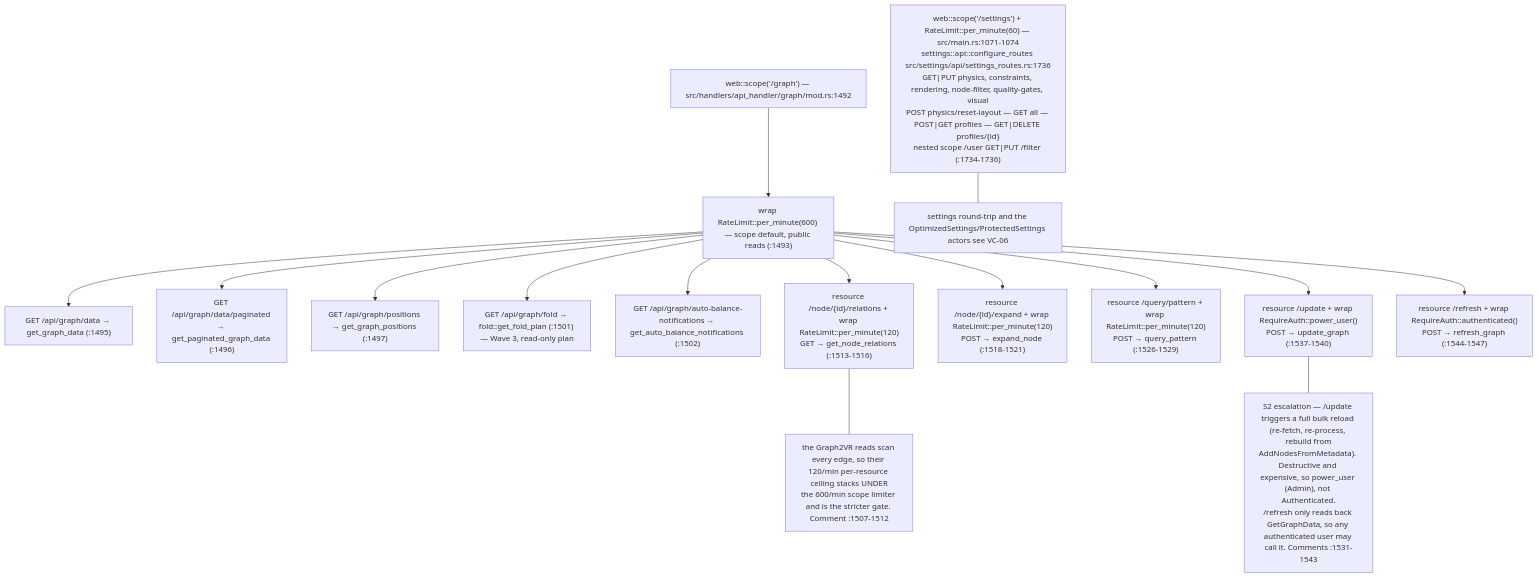
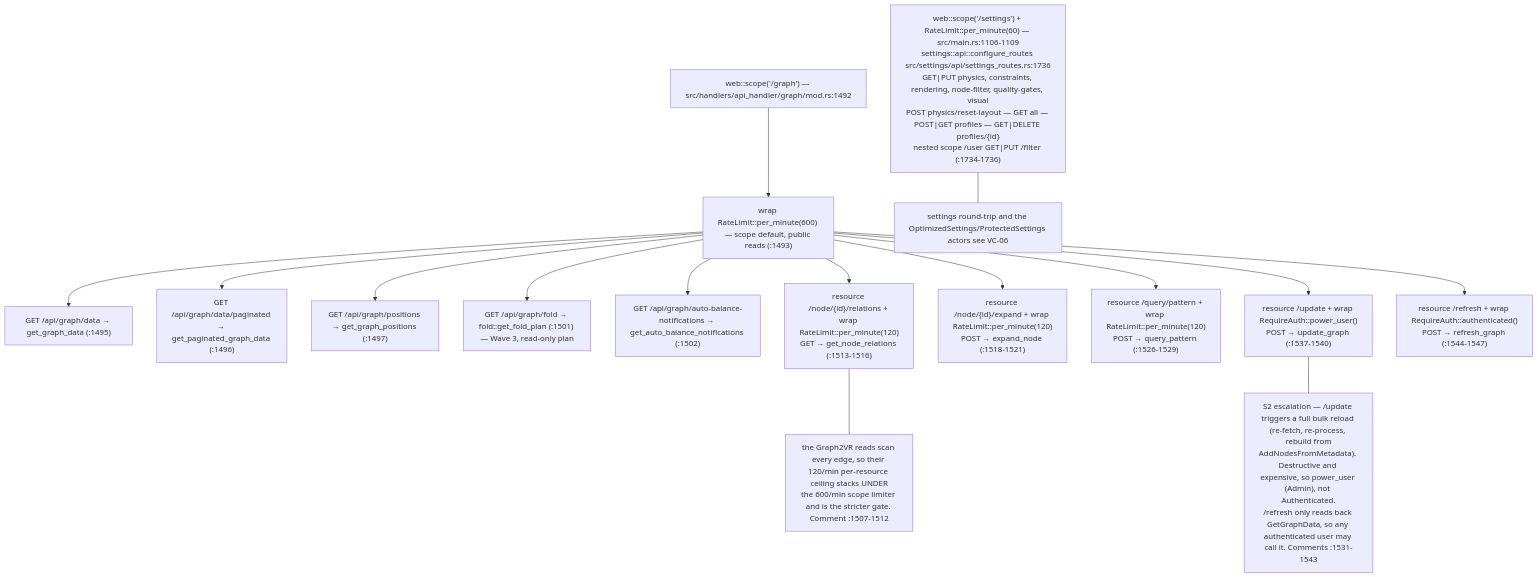
One commit to DreamLab-AI/VisionFlow changed diagram 14 of 15 in docs/diagrams/visionclaw/01-boot-and-app-state.md. Above: the diagram before and after it, drawn with Mermaid. The commit also changed other lines of this file and 32 other files, not shown here.

````diff
--- a/docs/diagrams/visionclaw/01-boot-and-app-state.md
+++ b/docs/diagrams/visionclaw/01-boot-and-app-state.md
@@ -500,22 +500,22 @@
 ```mermaid
 flowchart TB
     G["web::scope('/graph') — src/handlers/api_handler/graph/mod.rs:1492"]
     G --> RL["wrap RateLimit::per_minute(600) — scope default, public reads (:1493)"]
     RL --> P1["GET /api/graph/data → get_graph_data (:1495)"]
     RL --> P2["GET /api/graph/data/paginated → get_paginated_graph_data (:1496)"]
     RL --> P3["GET /api/graph/positions → get_graph_positions (:1497)"]
     RL --> P4["GET /api/graph/fold → fold::get_fold_plan (:1501) — Wave 3, read-only plan"]
     RL --> P5["GET /api/graph/auto-balance-notifications → get_auto_balance_notifications (:1502)"]
     RL --> T1["resource /node/{id}/relations + wrap RateLimit::per_minute(120)<br/>GET → get_node_relations (:1513-1516)"]
     RL --> T2["resource /node/{id}/expand + wrap RateLimit::per_minute(120)<br/>POST → expand_node (:1518-1521)"]
     RL --> T3["resource /query/pattern + wrap RateLimit::per_minute(120)<br/>POST → query_pattern (:1526-1529)"]
     RL --> A1["resource /update + wrap RequireAuth::power_user()<br/>POST → update_graph (:1537-1540)"]
     RL --> A2["resource /refresh + wrap RequireAuth::authenticated()<br/>POST → refresh_graph (:1544-1547)"]
     N1["S2 escalation — /update triggers a full bulk reload (re-fetch, re-process, rebuild from<br/>AddNodesFromMetadata). Destructive and expensive, so power_user (Admin), not Authenticated.<br/>/refresh only reads back GetGraphData, so any authenticated user may call it. Comments :1531-1543"]
     A1 --- N1
     N2["the Graph2VR reads scan every edge, so their 120/min per-resource ceiling stacks UNDER<br/>the 600/min scope limiter and is the stricter gate. Comment :1507-1512"]
     T1 --- N2
-    SET["web::scope('/settings') + RateLimit::per_minute(60) — src/main.rs:1071-1074<br/>settings::api::configure_routes src/settings/api/settings_routes.rs:1736<br/>GET|PUT physics, constraints, rendering, node-filter, quality-gates, visual<br/>POST physics/reset-layout — GET all — POST|GET profiles — GET|DELETE profiles/{id}<br/>nested scope /user GET|PUT /filter (:1734-1736)"]
+    SET["web::scope('/settings') + RateLimit::per_minute(60) — src/main.rs:1106-1109<br/>settings::api::configure_routes src/settings/api/settings_routes.rs:1736<br/>GET|PUT physics, constraints, rendering, node-filter, quality-gates, visual<br/>POST physics/reset-layout — GET all — POST|GET profiles — GET|DELETE profiles/{id}<br/>nested scope /user GET|PUT /filter (:1734-1736)"]
     SET2["settings round-trip and the OptimizedSettings/ProtectedSettings actors see VC-06"]
     SET --- SET2
 ```
````
